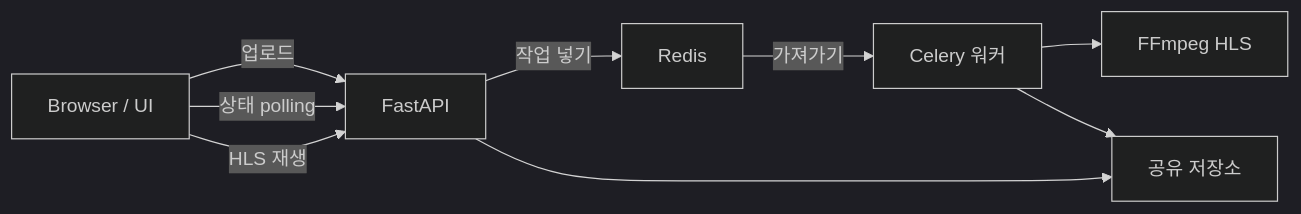
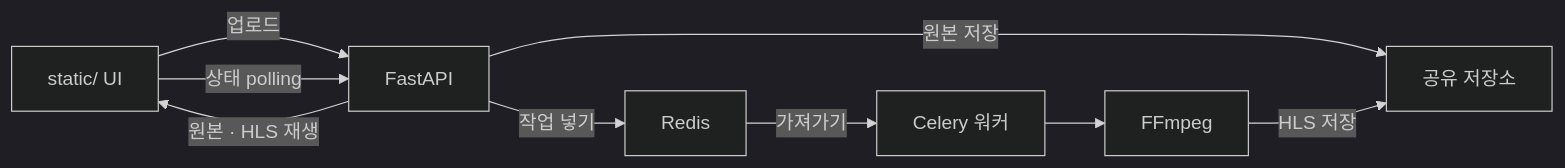
The seventh of 7 diagrams in content/2026-07-20-pycon-fastapi-celery/index.md (DSeung001/presentation-md), drawn with Mermaid (dark theme) before and after one commit. The commit also changed other lines of this file and 2 other files, not shown here.

Commit message:
fix: 다이어그램 수정 및 img css 수정

````diff
--- a/content/2026-07-20-pycon-fastapi-celery/index.md
+++ b/content/2026-07-20-pycon-fastapi-celery/index.md
@@ -444,17 +437,17 @@
 ```mermaid
 flowchart LR
-    Browser["Browser / UI"]
+    UI["static/ UI"]
     FastAPI["FastAPI"]
     Redis["Redis"]
     Celery["Celery 워커"]
-    FFmpeg["FFmpeg HLS"]
+    FFmpeg["FFmpeg"]
     Data["공유 저장소"]
-    Browser -->|"업로드"| FastAPI
+    UI -->|"업로드"| FastAPI
+    FastAPI -->|"원본 저장"| Data
     FastAPI -->|"작업 넣기"| Redis
     Redis -->|"가져가기"| Celery
     Celery --> FFmpeg
-    FastAPI --> Data
-    Celery --> Data
-    Browser -->|"상태 polling"| FastAPI
-    Browser -->|"HLS 재생"| FastAPI
+    FFmpeg -->|"HLS 저장"| Data
+    UI -->|"상태 polling"| FastAPI
+    FastAPI -->|"원본 · HLS 재생"| UI
 ```
````
